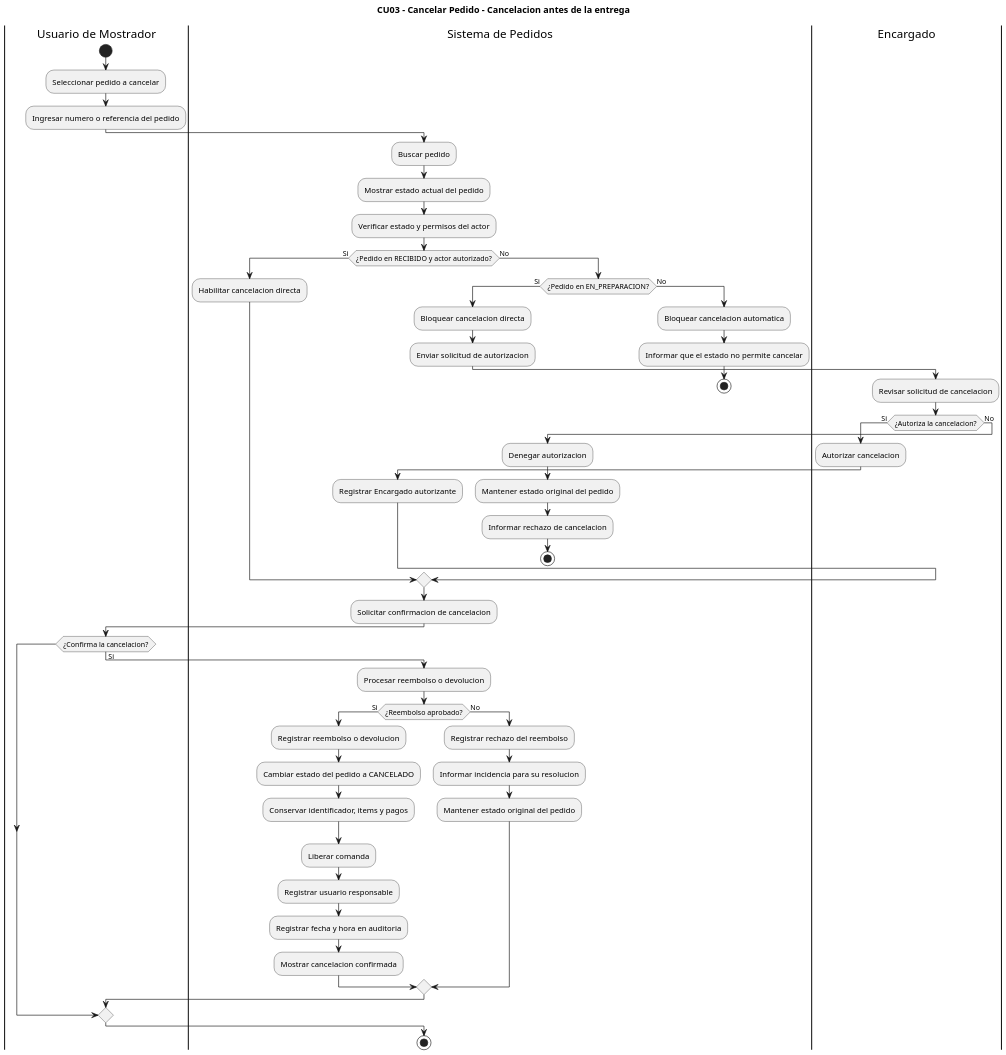
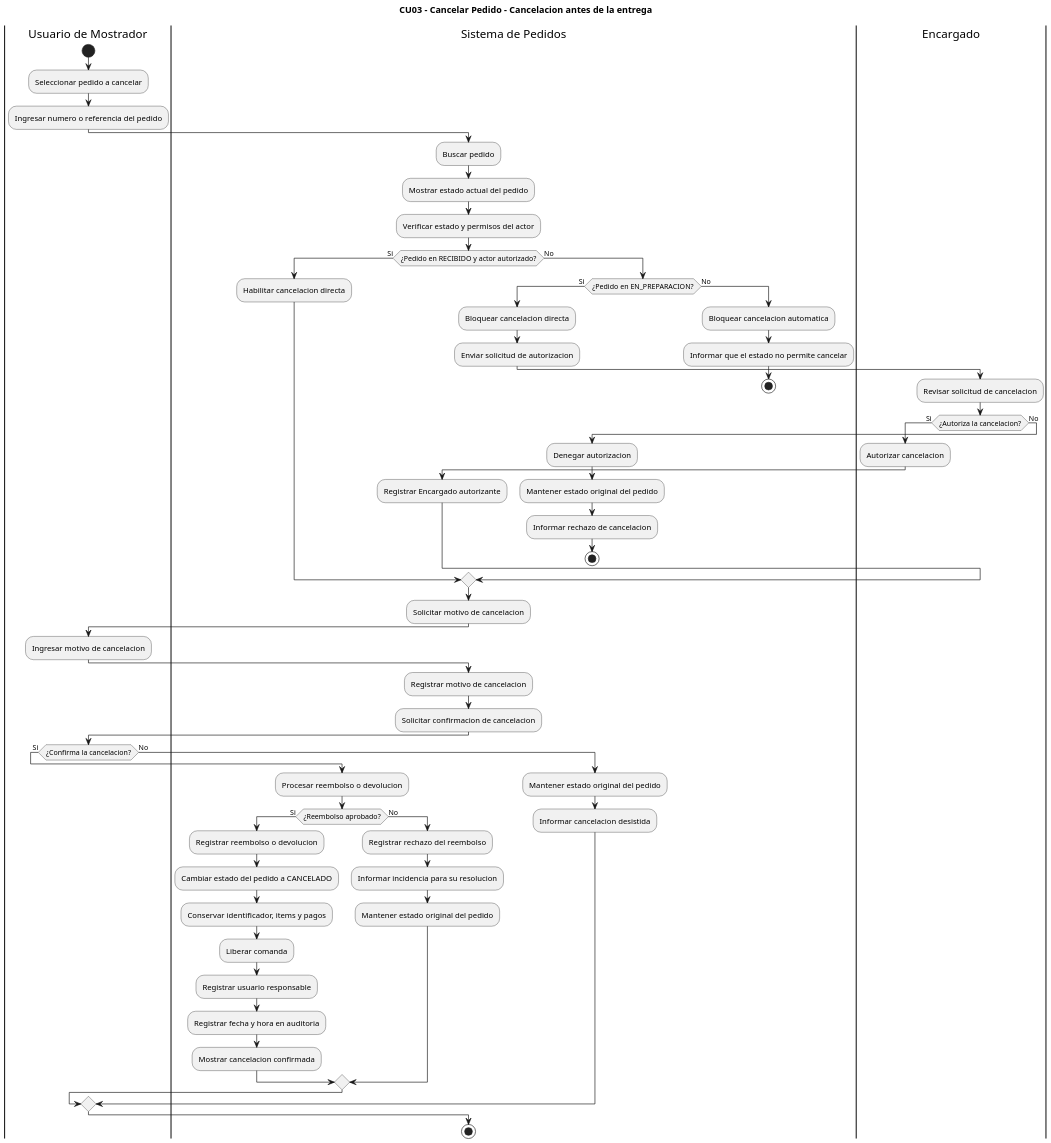
One commit to eloeyhe/SistemaPedidos changed the diagram in diagramas/04-diagramas-actividades/04-actividad-cancelar-pedido-03.puml. Above: the diagram before and after it, drawn with PlantUML. The commit also changed 2 other files, not shown here.

```diff
--- a/diagramas/04-diagramas-actividades/04-actividad-cancelar-pedido-03.puml
+++ b/diagramas/04-diagramas-actividades/04-actividad-cancelar-pedido-03.puml
@@ -1,66 +1,79 @@
 @startuml
 title CU03 - Cancelar Pedido - Cancelacion antes de la entrega
 skinparam dpi 150
 skinparam shadowing false
 
 |Usuario de Mostrador|
 start
 :Seleccionar pedido a cancelar;
 :Ingresar numero o referencia del pedido;
 
 |Sistema de Pedidos|
 :Buscar pedido;
 :Mostrar estado actual del pedido;
 :Verificar estado y permisos del actor;
 
 if (¿Pedido en RECIBIDO y actor autorizado?) then (Si)
   :Habilitar cancelacion directa;
 else (No)
   if (¿Pedido en EN_PREPARACION?) then (Si)
     :Bloquear cancelacion directa;
     :Enviar solicitud de autorizacion;
     |Encargado|
     :Revisar solicitud de cancelacion;
     if (¿Autoriza la cancelacion?) then (Si)
       :Autorizar cancelacion;
       |Sistema de Pedidos|
       :Registrar Encargado autorizante;
     else (No)
       :Denegar autorizacion;
       |Sistema de Pedidos|
       :Mantener estado original del pedido;
       :Informar rechazo de cancelacion;
       stop
     endif
   else (No)
     :Bloquear cancelacion automatica;
     :Informar que el estado no permite cancelar;
     stop
   endif
 endif
 
 |Sistema de Pedidos|
+|Sistema de Pedidos|
+:Solicitar motivo de cancelacion;
+
+|Usuario de Mostrador|
+:Ingresar motivo de cancelacion;
+
+|Sistema de Pedidos|
+:Registrar motivo de cancelacion;
 :Solicitar confirmacion de cancelacion;
+
 |Usuario de Mostrador|
 if (¿Confirma la cancelacion?) then (Si)
   |Sistema de Pedidos|
-    |Sistema de Pedidos|
   :Procesar reembolso o devolucion;
 
   if (¿Reembolso aprobado?) then (Si)
     :Registrar reembolso o devolucion;
     :Cambiar estado del pedido a CANCELADO;
     :Conservar identificador, items y pagos;
     :Liberar comanda;
     :Registrar usuario responsable;
     :Registrar fecha y hora en auditoria;
     :Mostrar cancelacion confirmada;
   else (No)
     :Registrar rechazo del reembolso;
     :Informar incidencia para su resolucion;
     :Mantener estado original del pedido;
   endif
 
+else (No)
+  |Sistema de Pedidos|
+  :Mantener estado original del pedido;
+  :Informar cancelacion desistida;
 endif
+
 stop
 @enduml
```
